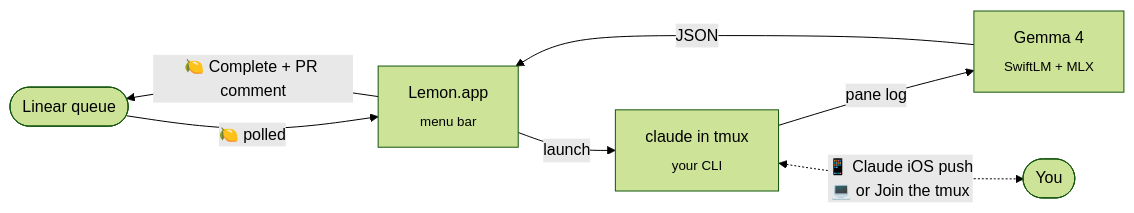
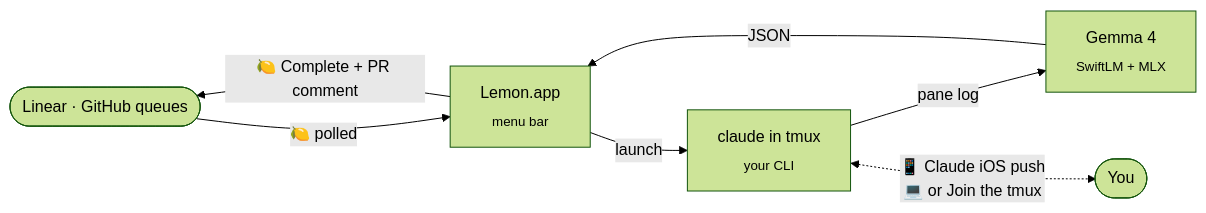
The diagram in README.md (frkline/lemon), drawn with Mermaid (forest theme) before and after one commit. The commit also changed other lines of this file and 1 other file, not shown here.

First line of the commit message:
README + docs: generalize to dual-source (Linear + GitHub Issues)

````diff
--- a/README.md
+++ b/README.md
@@ -108,16 +117,16 @@
 ```mermaid
 flowchart LR
-    L([Linear queue])
+    L([Linear · GitHub queues])
     O[Lemon.app<br/><sub>menu bar</sub>]
     T[claude in tmux<br/><sub>your CLI</sub>]
     G[Gemma 4<br/><sub>SwiftLM + MLX</sub>]
     U([You])
 
     L -->|🍋 polled| O
     O -->|launch| T
     T -->|pane log| G
     G -->|JSON| O
     O -->|🍋 Complete + PR comment| L
 
     T <-.->|"📱 Claude iOS push<br/>💻 or Join the tmux"| U
 ```
````
